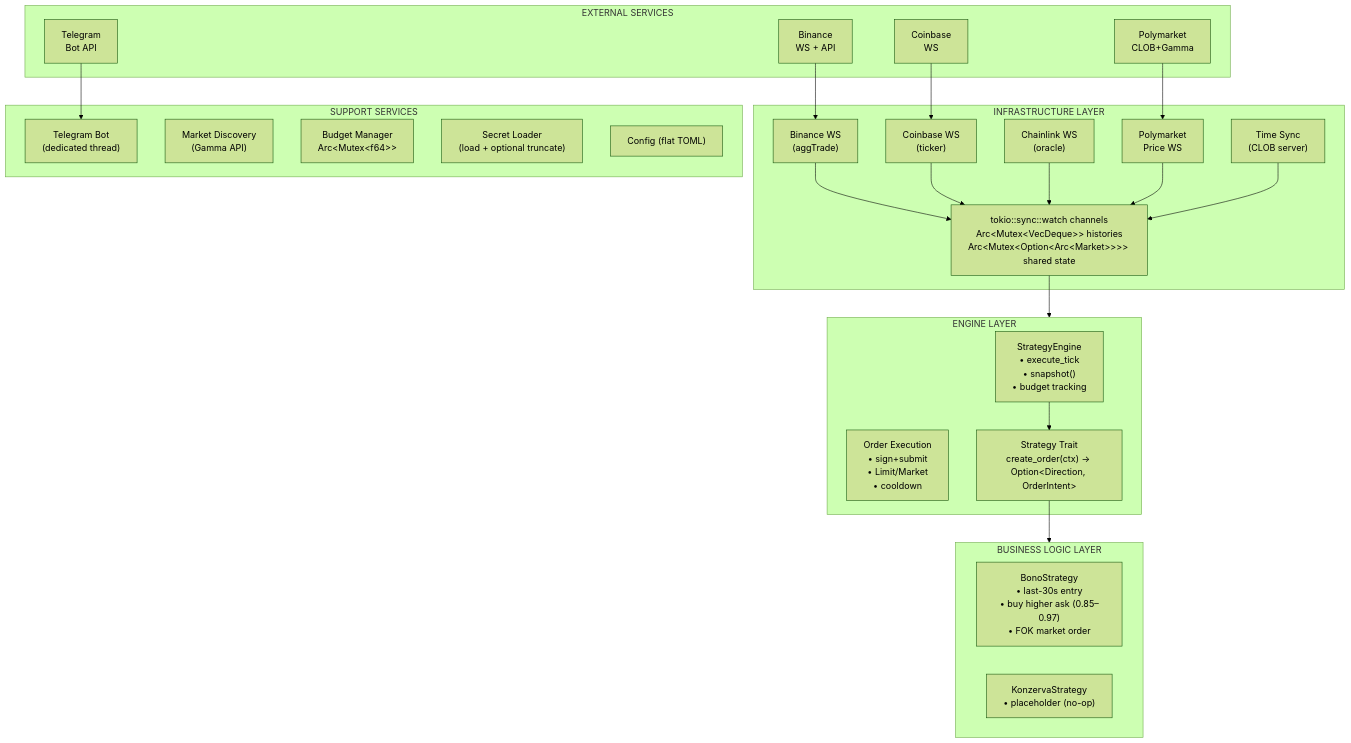
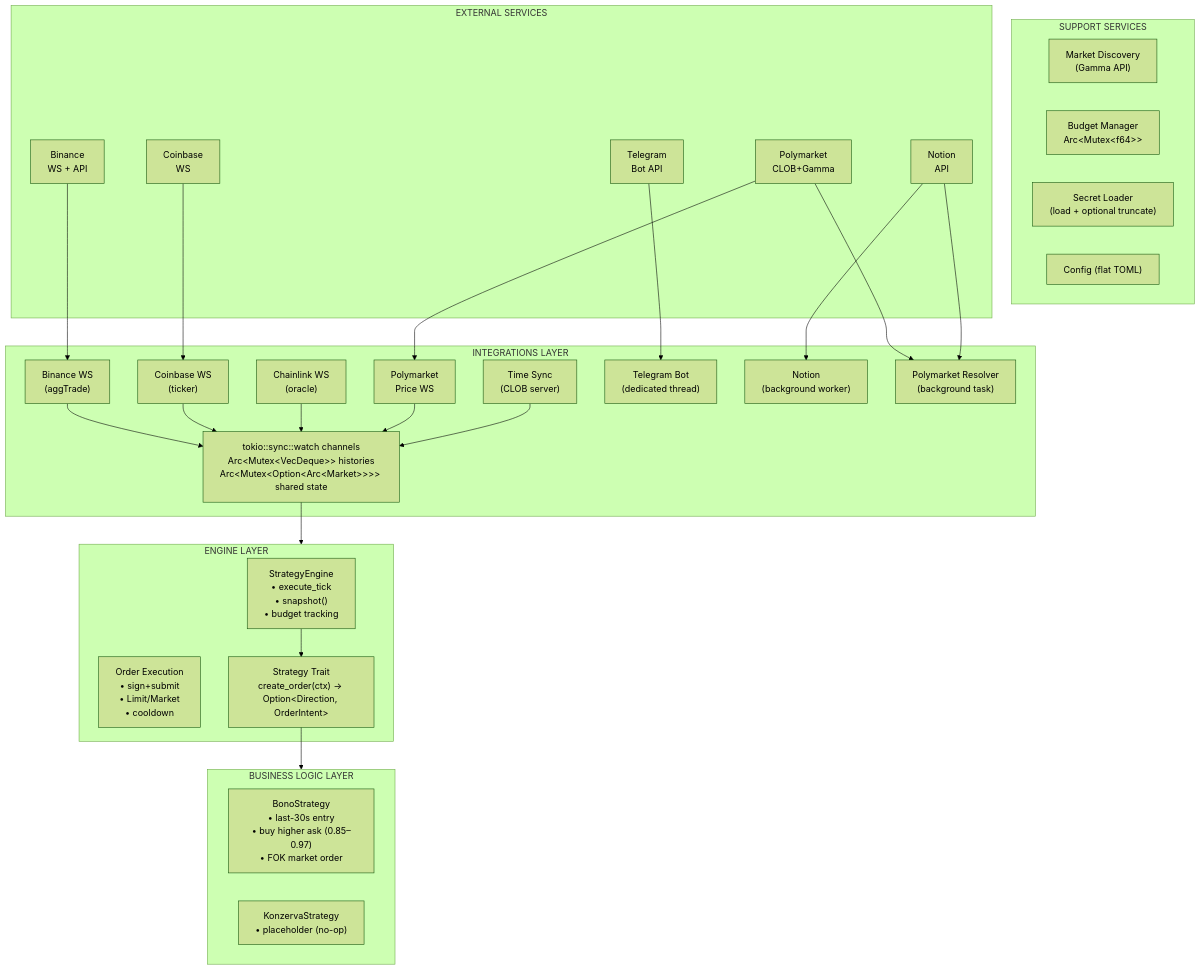
The first of 3 diagrams in docs/ARCHITECTURE.md (bbono/serekes), drawn with Mermaid (forest theme) before and after one commit. The commit also changed other lines of this file and 13 other files, not shown here.

````diff
--- a/docs/ARCHITECTURE.md
+++ b/docs/ARCHITECTURE.md
@@ -9,49 +9,55 @@
 ```mermaid
 graph TD
-    subgraph INFRA["INFRASTRUCTURE LAYER"]
+    subgraph INTEGRATIONS["INTEGRATIONS LAYER"]
         BIN_WS["Binance WS<br/>(aggTrade)"]
         CB_WS["Coinbase WS<br/>(ticker)"]
         CL_WS["Chainlink WS<br/>(oracle)"]
         PM_WS["Polymarket<br/>Price WS"]
         SYNC["Time Sync<br/>(CLOB server)"]
         CHANNELS["tokio::sync::watch channels<br/>Arc&lt;Mutex&lt;VecDeque&gt;&gt; histories<br/>Arc&lt;Mutex&lt;Option&lt;Arc&lt;Market&gt;&gt;&gt;&gt; shared state"]
+        TG["Telegram Bot<br/>(dedicated thread)"]
+        NOTION["Notion<br/>(background worker)"]
+        RESOLVER["Polymarket Resolver<br/>(background task)"]
     end
 
     BIN_WS & CB_WS & CL_WS & PM_WS & SYNC --> CHANNELS
 
     subgraph ENGINE["ENGINE LAYER"]
         SE["StrategyEngine<br/>• execute_tick<br/>• snapshot()<br/>• budget tracking"]
         OE["Order Execution<br/>• sign+submit<br/>• Limit/Market<br/>• cooldown"]
         TRAIT["Strategy Trait<br/>create_order(ctx) → Option&lt;Direction, OrderIntent&gt;"]
         SE --> TRAIT
     end
 
     CHANNELS --> ENGINE
 
     subgraph BIZ["BUSINESS LOGIC LAYER"]
         BONO["BonoStrategy<br/>• last-30s entry<br/>• buy higher ask (0.85–0.97)<br/>• FOK market order"]
         KONZ["KonzervaStrategy<br/>• placeholder (no-op)"]
     end
 
     TRAIT --> BIZ
 
     subgraph SUPPORT["SUPPORT SERVICES"]
-        TG["Telegram Bot<br/>(dedicated thread)"]
         MD["Market Discovery<br/>(Gamma API)"]
         BUDGET["Budget Manager<br/>Arc&lt;Mutex&lt;f64&gt;&gt;"]
         SECRETS["Secret Loader<br/>(load + optional truncate)"]
         CFG["Config (flat TOML)"]
     end
 
     subgraph EXT["EXTERNAL SERVICES"]
         E_BIN["Binance<br/>WS + API"]
         E_CB["Coinbase<br/>WS"]
         E_PM["Polymarket<br/>CLOB+Gamma"]
         E_TG["Telegram<br/>Bot API"]
+        E_NOTION["Notion<br/>API"]
     end
 
     E_BIN --> BIN_WS
     E_CB --> CB_WS
     E_PM --> PM_WS
+    E_PM --> RESOLVER
     E_TG --> TG
+    E_NOTION --> NOTION
+    E_NOTION --> RESOLVER
 ```
````
